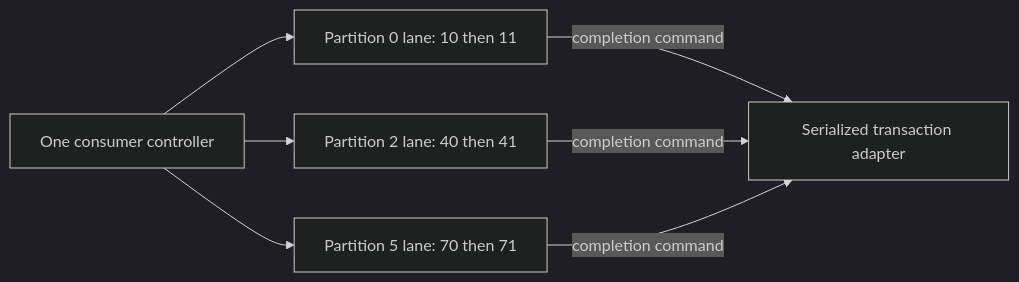
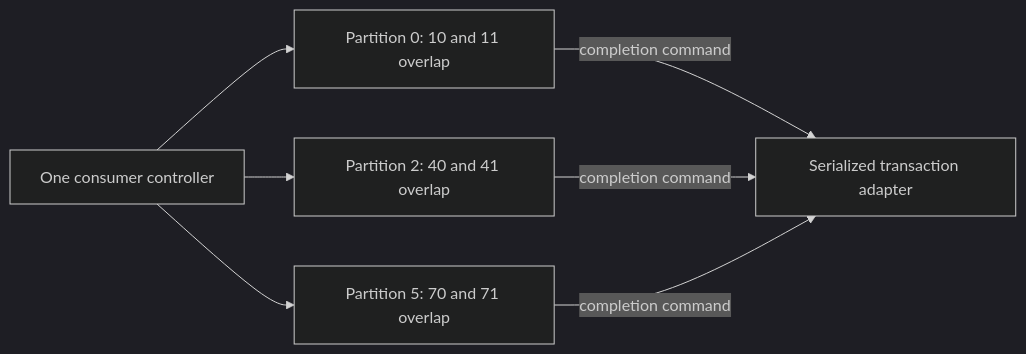
Before and after one commit to spakai/job_scheduling_simulation: the fifth of 9 diagrams in specs/007-vertx-kafka-pull-worker/arc42.md, drawn with Mermaid (dark theme). The commit also changed other lines of this file and 2 other files, not shown here.

Commit message:
Revise spec 007 for concurrent partition processing and safe commits

````diff
--- a/specs/007-vertx-kafka-pull-worker/arc42.md
+++ b/specs/007-vertx-kafka-pull-worker/arc42.md
@@ -258,15 +260,15 @@
 ```mermaid
 flowchart LR
     consumer["One consumer controller"]
-    p0["Partition 0 lane: 10 then 11"]
-    p2["Partition 2 lane: 40 then 41"]
-    p5["Partition 5 lane: 70 then 71"]
+    p0["Partition 0: 10 and 11 overlap"]
+    p2["Partition 2: 40 and 41 overlap"]
+    p5["Partition 5: 70 and 71 overlap"]
     tx["Serialized transaction adapter"]
 
     consumer --> p0
     consumer --> p2
     consumer --> p5
     p0 -->|"completion command"| tx
     p2 -->|"completion command"| tx
     p5 -->|"completion command"| tx
 ```
````
